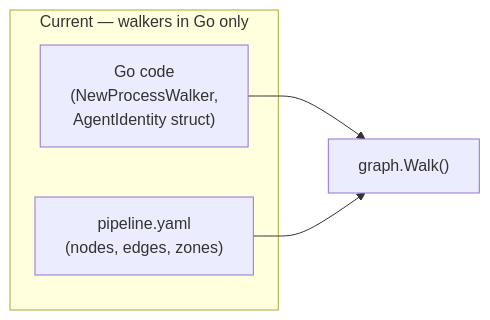
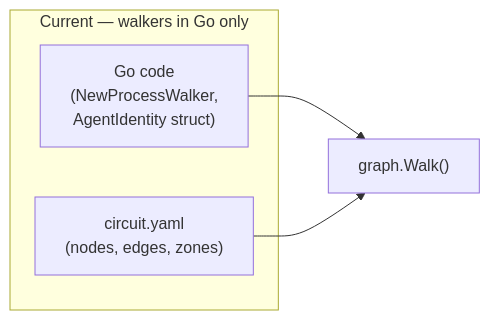
One commit to dpopsuev/origami changed the first of 2 diagrams in .cursor/contracts/completed/framework/walker-experience.md. Above: the diagram before and after it, drawn with Mermaid. The commit also changed other lines of this file and 315 other files, not shown here.

````diff
--- a/.cursor/contracts/completed/framework/walker-experience.md
+++ b/.cursor/contracts/completed/framework/walker-experience.md
@@ -26,10 +26,10 @@
 ```mermaid
 flowchart LR
     subgraph current [Current — walkers in Go only]
         GoCode["Go code\n(NewProcessWalker,\nAgentIdentity struct)"]
-        YAML["pipeline.yaml\n(nodes, edges, zones)"]
+        YAML["circuit.yaml\n(nodes, edges, zones)"]
     end
 
     GoCode --> Walk["graph.Walk()"]
     YAML --> Walk
 ```
````
